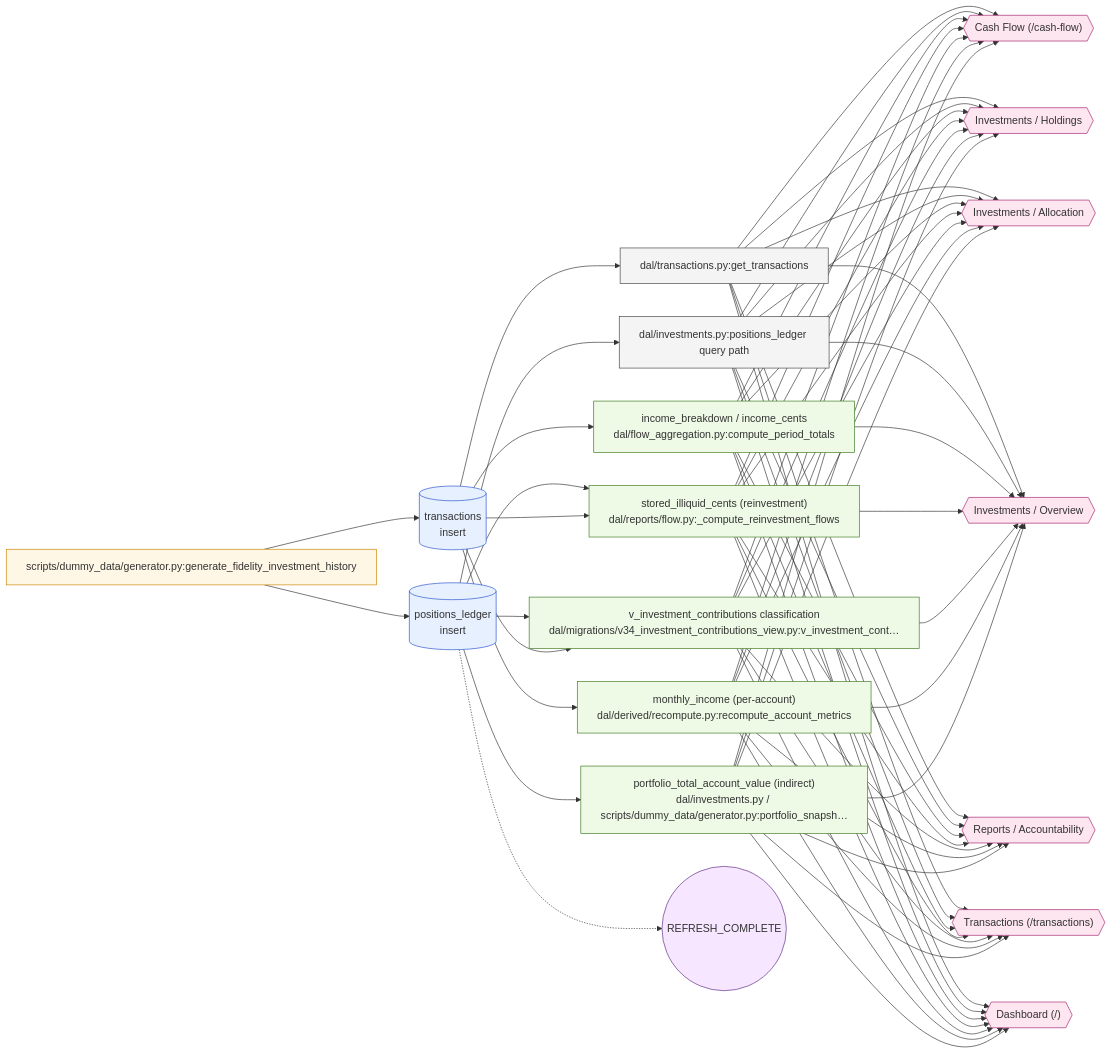
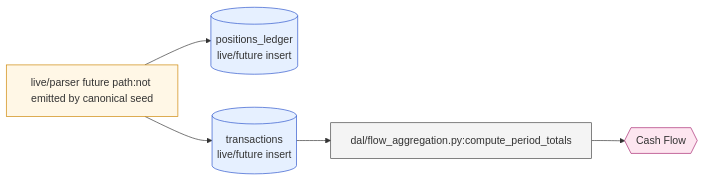
The diagram in docs/data-lineage/diagrams/equity_dividend.mmd (wileyqe/Sentry-Finance), drawn with Mermaid before and after one commit. The commit also changed 44 other files, not shown here.

Commit message:
Simplify canonical investment seed

```diff
--- a/docs/data-lineage/diagrams/equity_dividend.mmd
+++ b/docs/data-lineage/diagrams/equity_dividend.mmd
@@ -1,96 +1,24 @@
 %% Auto-generated by build_diagrams.py — do not edit by hand.
 %% Event: equity_dividend (class: external_force)
 %% Equity dividend payout
 graph LR
-  origin["scripts/dummy_data/generator.py:generate_fidelity_investment_history"]
-  tbl_positions_ledger[("positions_ledger<br/>insert")]
+  origin["live/parser future path:not emitted by canonical seed"]
+  tbl_positions_ledger[("positions_ledger<br/>live/future insert")]
   origin --> tbl_positions_ledger
-  tbl_transactions[("transactions<br/>insert")]
+  tbl_transactions[("transactions<br/>live/future insert")]
   origin --> tbl_transactions
-  dc0_get_transactions["dal/transactions.py:get_transactions"]
-  dc1_positions_ledger_query_path["dal/investments.py:positions_ledger query path"]
-  dv0_income_breakdown_income_cents["income_breakdown / income_cents<br/>dal/flow_aggregation.py:compute_period_totals"]
-  dv1_stored_illiquid_cents_reinvestment["stored_illiquid_cents (reinvestment)<br/>dal/reports/flow.py:_compute_reinvestment_flows"]
-  dv2_v_investment_contributions_classification["v_investment_contributions classification<br/>dal/migrations/v34_investment_contributions_view.py:v_investment_cont…"]
-  dv3_monthly_income_per_account["monthly_income (per-account)<br/>dal/derived/recompute.py:recompute_account_metrics"]
-  dv4_portfolio_total_account_value_indirect["portfolio_total_account_value (indirect)<br/>dal/investments.py / scripts/dummy_data/generator.py:portfolio_snapsh…"]
-  tbl_transactions --> dc0_get_transactions
-  tbl_positions_ledger --> dc1_positions_ledger_query_path
-  tbl_transactions --> dv0_income_breakdown_income_cents
-  tbl_positions_ledger --> dv1_stored_illiquid_cents_reinvestment
-  tbl_transactions --> dv1_stored_illiquid_cents_reinvestment
-  tbl_positions_ledger --> dv2_v_investment_contributions_classification
-  tbl_transactions --> dv2_v_investment_contributions_classification
-  tbl_transactions --> dv3_monthly_income_per_account
-  tbl_positions_ledger --> dv4_portfolio_total_account_value_indirect
-  ui0_Cash_Flow_cash_flow{{"Cash Flow (/cash-flow)"}}
-  ui1_Investments_Holdings{{"Investments / Holdings"}}
-  ui2_Investments_Allocation{{"Investments / Allocation"}}
-  ui3_Investments_Overview{{"Investments / Overview"}}
-  ui4_Reports_Accountability{{"Reports / Accountability"}}
-  ui5_Transactions_transactions{{"Transactions (/transactions)"}}
-  ui6_Dashboard{{"Dashboard (/)"}}
-  dc0_get_transactions --> ui0_Cash_Flow_cash_flow
-  dc1_positions_ledger_query_path --> ui0_Cash_Flow_cash_flow
-  dv0_income_breakdown_income_cents --> ui0_Cash_Flow_cash_flow
-  dv1_stored_illiquid_cents_reinvestment --> ui0_Cash_Flow_cash_flow
-  dv2_v_investment_contributions_classification --> ui0_Cash_Flow_cash_flow
-  dv3_monthly_income_per_account --> ui0_Cash_Flow_cash_flow
-  dv4_portfolio_total_account_value_indirect --> ui0_Cash_Flow_cash_flow
-  dc0_get_transactions --> ui1_Investments_Holdings
-  dc1_positions_ledger_query_path --> ui1_Investments_Holdings
-  dv0_income_breakdown_income_cents --> ui1_Investments_Holdings
-  dv1_stored_illiquid_cents_reinvestment --> ui1_Investments_Holdings
-  dv2_v_investment_contributions_classification --> ui1_Investments_Holdings
-  dv3_monthly_income_per_account --> ui1_Investments_Holdings
-  dv4_portfolio_total_account_value_indirect --> ui1_Investments_Holdings
-  dc0_get_transactions --> ui2_Investments_Allocation
-  dc1_positions_ledger_query_path --> ui2_Investments_Allocation
-  dv0_income_breakdown_income_cents --> ui2_Investments_Allocation
-  dv1_stored_illiquid_cents_reinvestment --> ui2_Investments_Allocation
-  dv2_v_investment_contributions_classification --> ui2_Investments_Allocation
-  dv3_monthly_income_per_account --> ui2_Investments_Allocation
-  dv4_portfolio_total_account_value_indirect --> ui2_Investments_Allocation
-  dc0_get_transactions --> ui3_Investments_Overview
-  dc1_positions_ledger_query_path --> ui3_Investments_Overview
-  dv0_income_breakdown_income_cents --> ui3_Investments_Overview
-  dv1_stored_illiquid_cents_reinvestment --> ui3_Investments_Overview
-  dv2_v_investment_contributions_classification --> ui3_Investments_Overview
-  dv3_monthly_income_per_account --> ui3_Investments_Overview
-  dv4_portfolio_total_account_value_indirect --> ui3_Investments_Overview
-  dc0_get_transactions --> ui4_Reports_Accountability
-  dc1_positions_ledger_query_path --> ui4_Reports_Accountability
-  dv0_income_breakdown_income_cents --> ui4_Reports_Accountability
-  dv1_stored_illiquid_cents_reinvestment --> ui4_Reports_Accountability
-  dv2_v_investment_contributions_classification --> ui4_Reports_Accountability
-  dv3_monthly_income_per_account --> ui4_Reports_Accountability
-  dv4_portfolio_total_account_value_indirect --> ui4_Reports_Accountability
-  dc0_get_transactions --> ui5_Transactions_transactions
-  dc1_positions_ledger_query_path --> ui5_Transactions_transactions
-  dv0_income_breakdown_income_cents --> ui5_Transactions_transactions
-  dv1_stored_illiquid_cents_reinvestment --> ui5_Transactions_transactions
-  dv2_v_investment_contributions_classification --> ui5_Transactions_transactions
-  dv3_monthly_income_per_account --> ui5_Transactions_transactions
-  dv4_portfolio_total_account_value_indirect --> ui5_Transactions_transactions
-  dc0_get_transactions --> ui6_Dashboard
-  dc1_positions_ledger_query_path --> ui6_Dashboard
-  dv0_income_breakdown_income_cents --> ui6_Dashboard
-  dv1_stored_illiquid_cents_reinvestment --> ui6_Dashboard
-  dv2_v_investment_contributions_classification --> ui6_Dashboard
-  dv3_monthly_income_per_account --> ui6_Dashboard
-  dv4_portfolio_total_account_value_indirect --> ui6_Dashboard
-  ex0_REFRESH_COMPLETE(("REFRESH_COMPLETE"))
-  tbl_positions_ledger -.-> ex0_REFRESH_COMPLETE
+  dc0_compute_period_totals["dal/flow_aggregation.py:compute_period_totals"]
+  tbl_transactions --> dc0_compute_period_totals
+  ui0_Cash_Flow{{"Cash Flow"}}
+  dc0_compute_period_totals --> ui0_Cash_Flow
 
   classDef origin fill:#fff7e6,stroke:#cc8400,stroke-width:1px;
   classDef table fill:#e6f0ff,stroke:#2952cc,stroke-width:1px;
   classDef consumer fill:#f4f4f4,stroke:#444,stroke-width:1px;
   classDef derivation fill:#eef9e6,stroke:#3d7a1f,stroke-width:1px;
   classDef ui fill:#fde6f0,stroke:#a5226f,stroke-width:1px;
   classDef effect fill:#f6e6ff,stroke:#5e2a82,stroke-width:1px;
   class origin origin;
   class tbl_positions_ledger,tbl_transactions table;
-  class dc0_get_transactions,dc1_positions_ledger_query_path consumer;
-  class dv0_income_breakdown_income_cents,dv1_stored_illiquid_cents_reinvestment,dv2_v_investment_contributions_classification,dv3_monthly_income_per_account,dv4_portfolio_total_account_value_indirect derivation;
-  class ui0_Cash_Flow_cash_flow,ui1_Investments_Holdings,ui2_Investments_Allocation,ui3_Investments_Overview,ui4_Reports_Accountability,ui5_Transactions_transactions,ui6_Dashboard ui;
-  class ex0_REFRESH_COMPLETE effect;
+  class dc0_compute_period_totals consumer;
+  class ui0_Cash_Flow ui;
```
